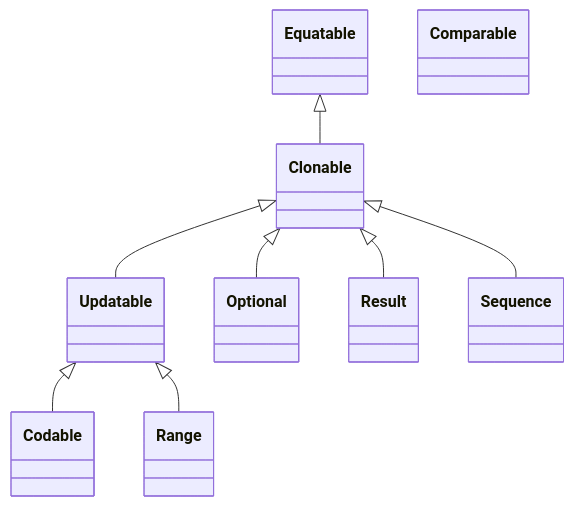
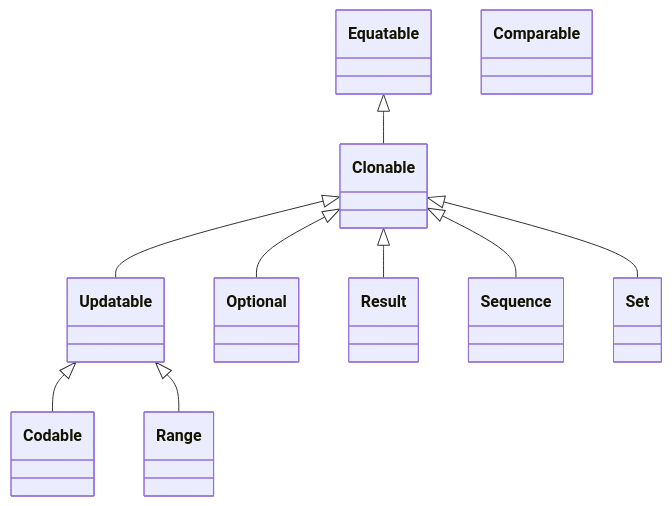
One commit to lemo-nade-room/TypeScript-Foundation changed the diagram in README.md. Above: the diagram before and after it, drawn with Mermaid. The commit also changed 5 other files, not shown here.

````diff
--- a/README.md
+++ b/README.md
@@ -74,12 +74,13 @@
 ```mermaid
 classDiagram
     Equatable <|-- Clonable
     Clonable <|-- Updatable
     Updatable <|-- Codable
     Comparable : 
     Clonable <|-- Optional
     Clonable <|-- Result
     Updatable <|-- Range
     Clonable <|-- Sequence
+    Clonable <|-- Set
  
 ```
````
